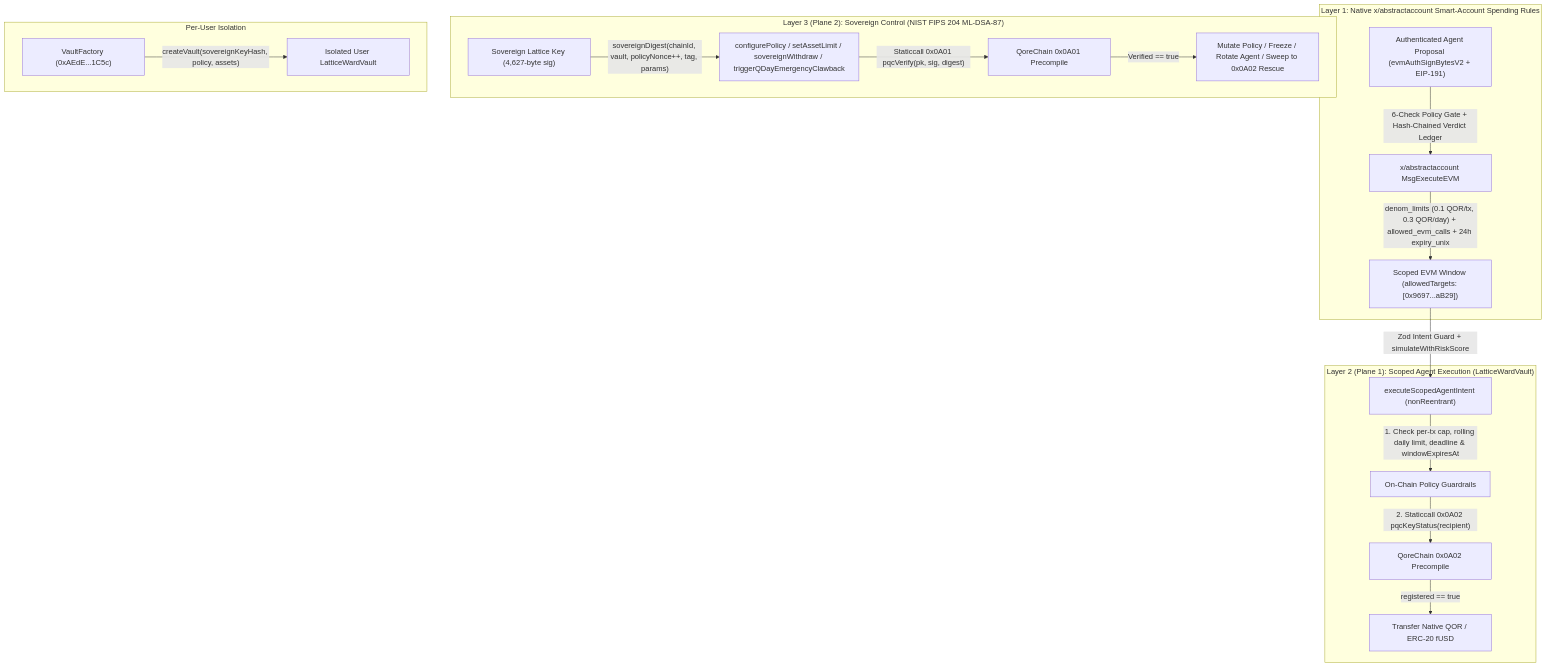
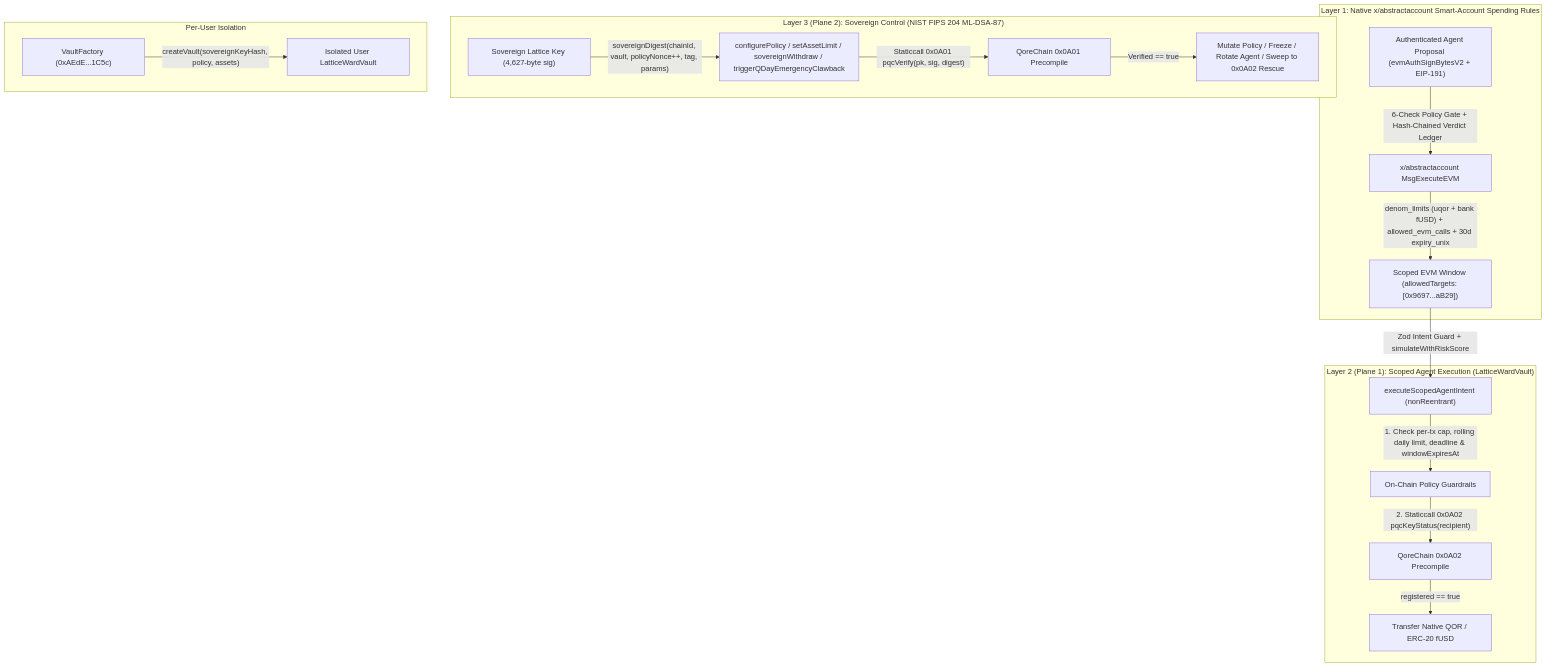
One commit to Emmanuel-webDev/LatticeWard-protocol changed the diagram in README.md. Above: the diagram before and after it, drawn with Mermaid. The commit also changed other lines of this file and 12 other files, not shown here.

Commit message:
sec(abstractaccount): extend authenticator TTL to 30d, add bank fUSD denom_limits, and close retired drill account EVM window

````diff
--- a/README.md
+++ b/README.md
@@ -15,24 +15,24 @@
 ```mermaid
 flowchart TD
     subgraph Layer1["Layer 1: Native x/abstractaccount Smart-Account Spending Rules"]
         A0["Authenticated Agent Proposal (evmAuthSignBytesV2 + EIP-191)"] -->|"6-Check Policy Gate + Hash-Chained Verdict Ledger"| A1["x/abstractaccount MsgExecuteEVM"]
-        A1 -->|"denom_limits (0.1 QOR/tx, 0.3 QOR/day) + allowed_evm_calls + 24h expiry_unix"| A2["Scoped EVM Window (allowedTargets: [0x9697...aB29])"]
+        A1 -->|"denom_limits (uqor + bank fUSD) + allowed_evm_calls + 30d expiry_unix"| A2["Scoped EVM Window (allowedTargets: [0x9697...aB29])"]
     end
 
     subgraph Plane1["Layer 2 (Plane 1): Scoped Agent Execution (LatticeWardVault)"]
         A2 -->|"Zod Intent Guard + simulateWithRiskScore"| B["executeScopedAgentIntent (nonReentrant)"]
         B -->|"1. Check per-tx cap, rolling daily limit, deadline & windowExpiresAt"| C["On-Chain Policy Guardrails"]
         C -->|"2. Staticcall 0x0A02 pqcKeyStatus(recipient)"| D["QoreChain 0x0A02 Precompile"]
         D -->|"registered == true"| E["Transfer Native QOR / ERC-20 fUSD"]
     end
 
     subgraph Plane2["Layer 3 (Plane 2): Sovereign Control (NIST FIPS 204 ML-DSA-87)"]
         F["Sovereign Lattice Key (4,627-byte sig)"] -->|"sovereignDigest(chainId, vault, policyNonce++, tag, params)"| G["configurePolicy / setAssetLimit / sovereignWithdraw / triggerQDayEmergencyClawback"]
         G -->|"Staticcall 0x0A01 pqcVerify(pk, sig, digest)"| H["QoreChain 0x0A01 Precompile"]
         H -->|"Verified == true"| I["Mutate Policy / Freeze / Rotate Agent / Sweep to 0x0A02 Rescue"]
     end
 
     subgraph Factory["Per-User Isolation"]
         J["VaultFactory (0xAEdE...1C5c)"] -->|"createVault(sovereignKeyHash, policy, assets)"| K["Isolated User LatticeWardVault"]
     end
 ```
````
